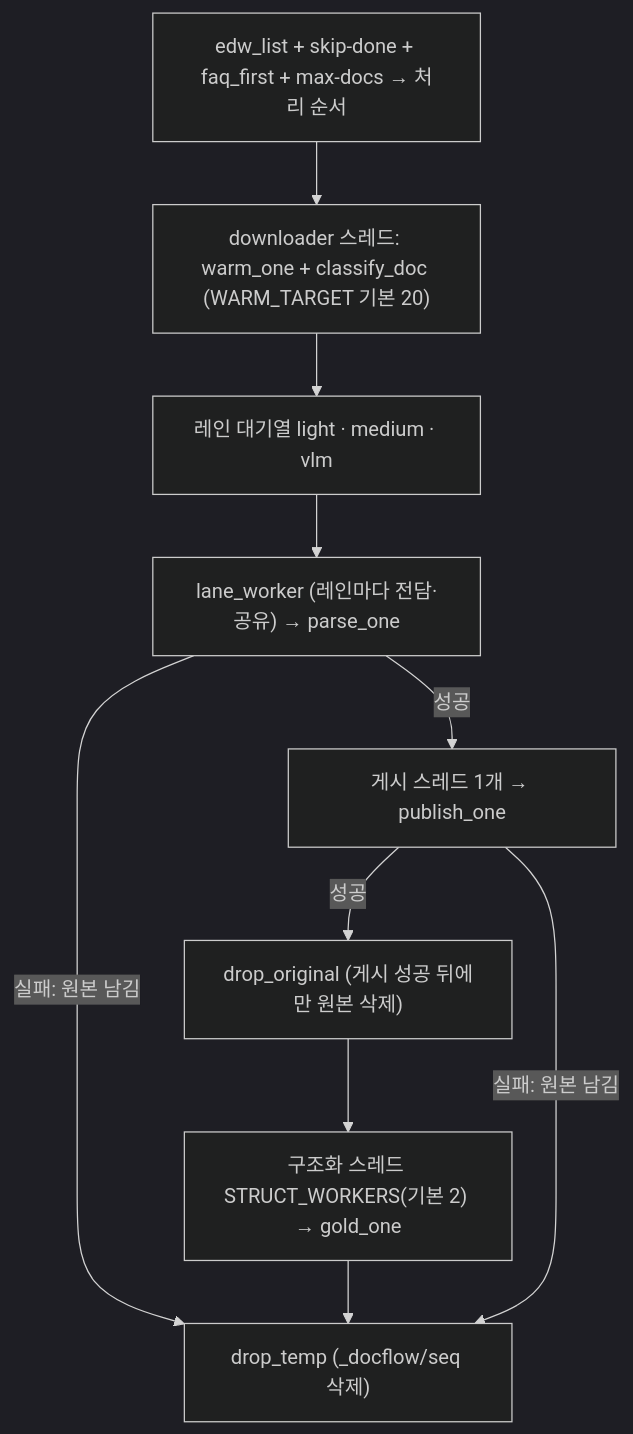
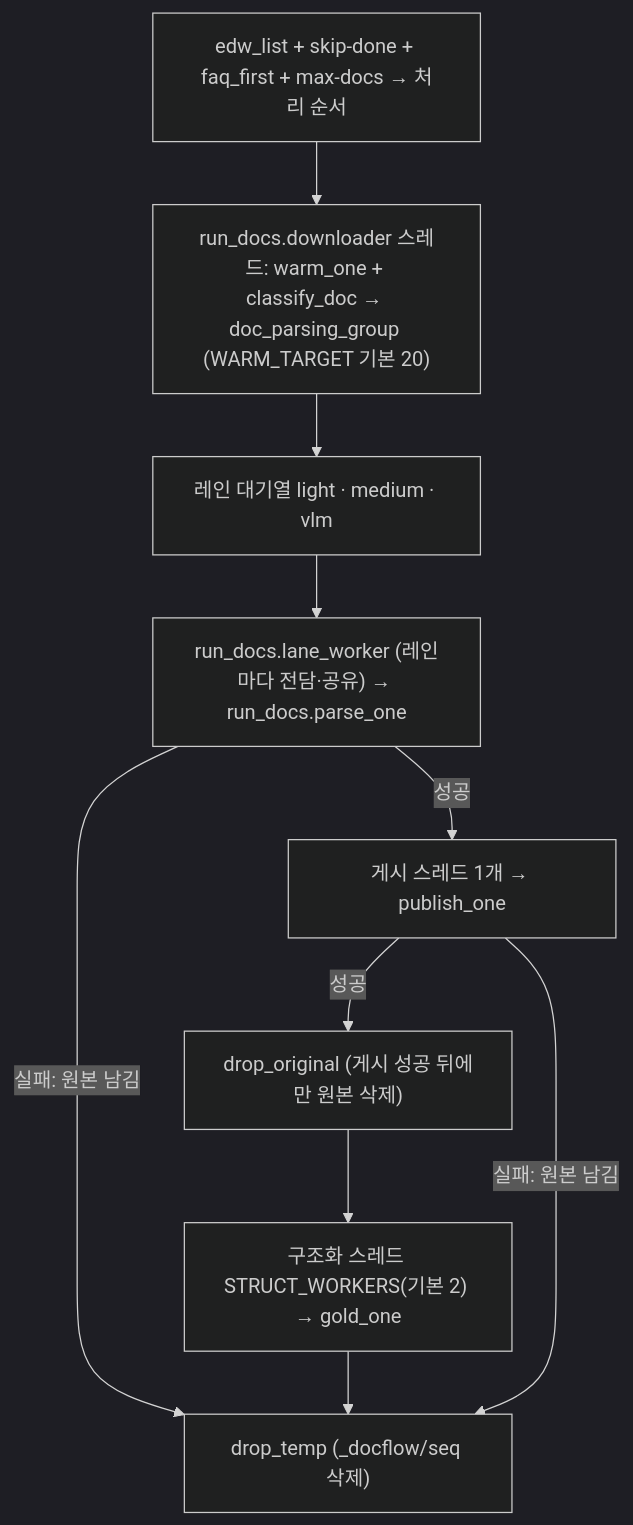
One commit to gigasamba/sbl_data_parsing changed the third of 11 diagrams in docs/architecture/parse_flow.md. Above: the diagram before and after it, drawn with Mermaid (dark theme). The commit also changed other lines of this file, not shown here.

First line of the commit message:
docs: parse_flow.md uses new file names and full module paths for functions

````diff
--- a/docs/architecture/parse_flow.md
+++ b/docs/architecture/parse_flow.md
@@ -59,16 +59,16 @@
 ```mermaid
 flowchart TD
     L["edw_list + skip-done + faq_first + max-docs → 처리 순서"]
-    W["downloader 스레드: warm_one + classify_doc (WARM_TARGET 기본 20)"]
+    W["run_docs.downloader 스레드: warm_one + classify_doc → doc_parsing_group (WARM_TARGET 기본 20)"]
     Q["레인 대기열 light · medium · vlm"]
-    LW["lane_worker (레인마다 전담·공유) → parse_one"]
+    LW["run_docs.lane_worker (레인마다 전담·공유) → run_docs.parse_one"]
     PUB["게시 스레드 1개 → publish_one"]
     DROP["drop_original (게시 성공 뒤에만 원본 삭제)"]
     G["구조화 스레드 STRUCT_WORKERS(기본 2) → gold_one"]
     T["drop_temp (_docflow/seq 삭제)"]
     L --> W --> Q --> LW
     LW -- "성공" --> PUB
     LW -- "실패: 원본 남김" --> T
     PUB -- "성공" --> DROP --> G --> T
     PUB -- "실패: 원본 남김" --> T
 ```
````
